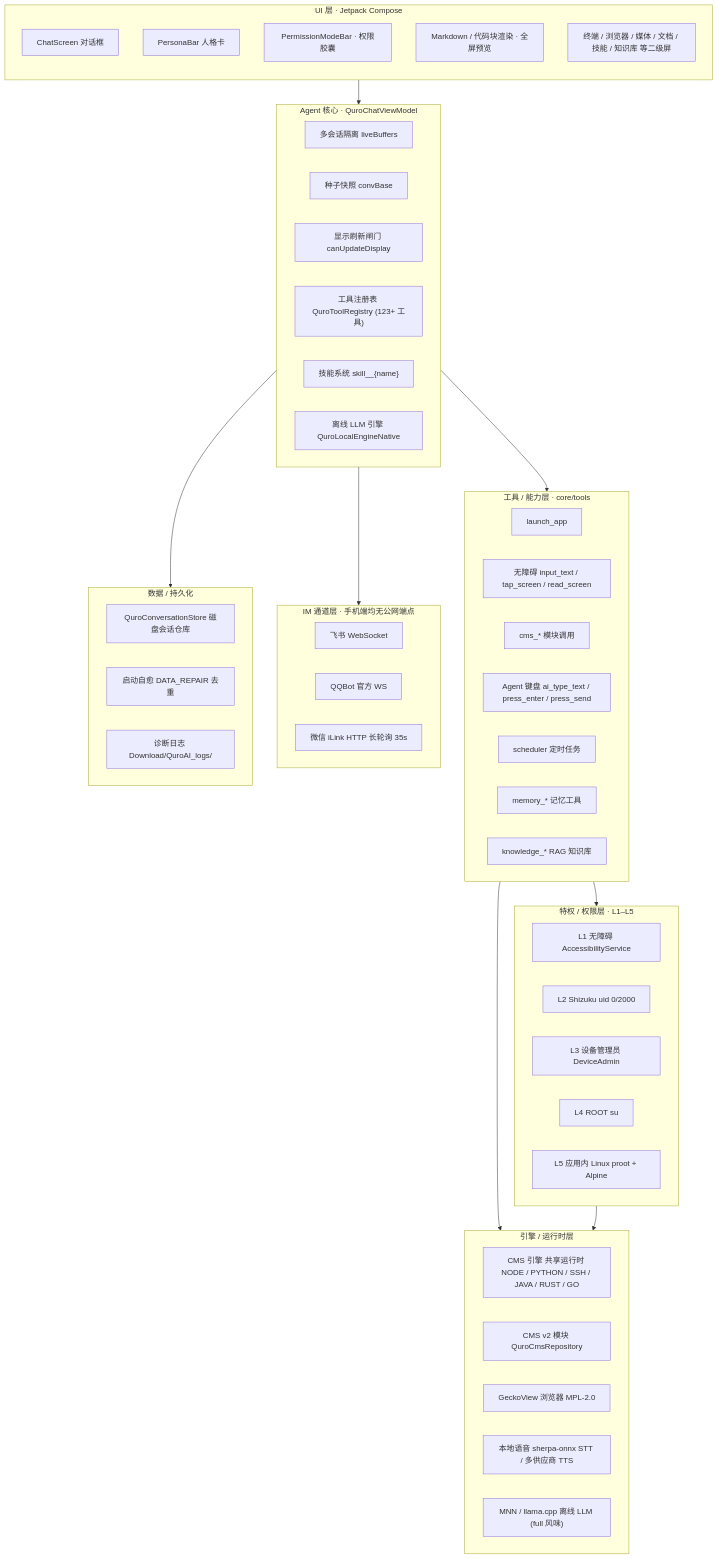
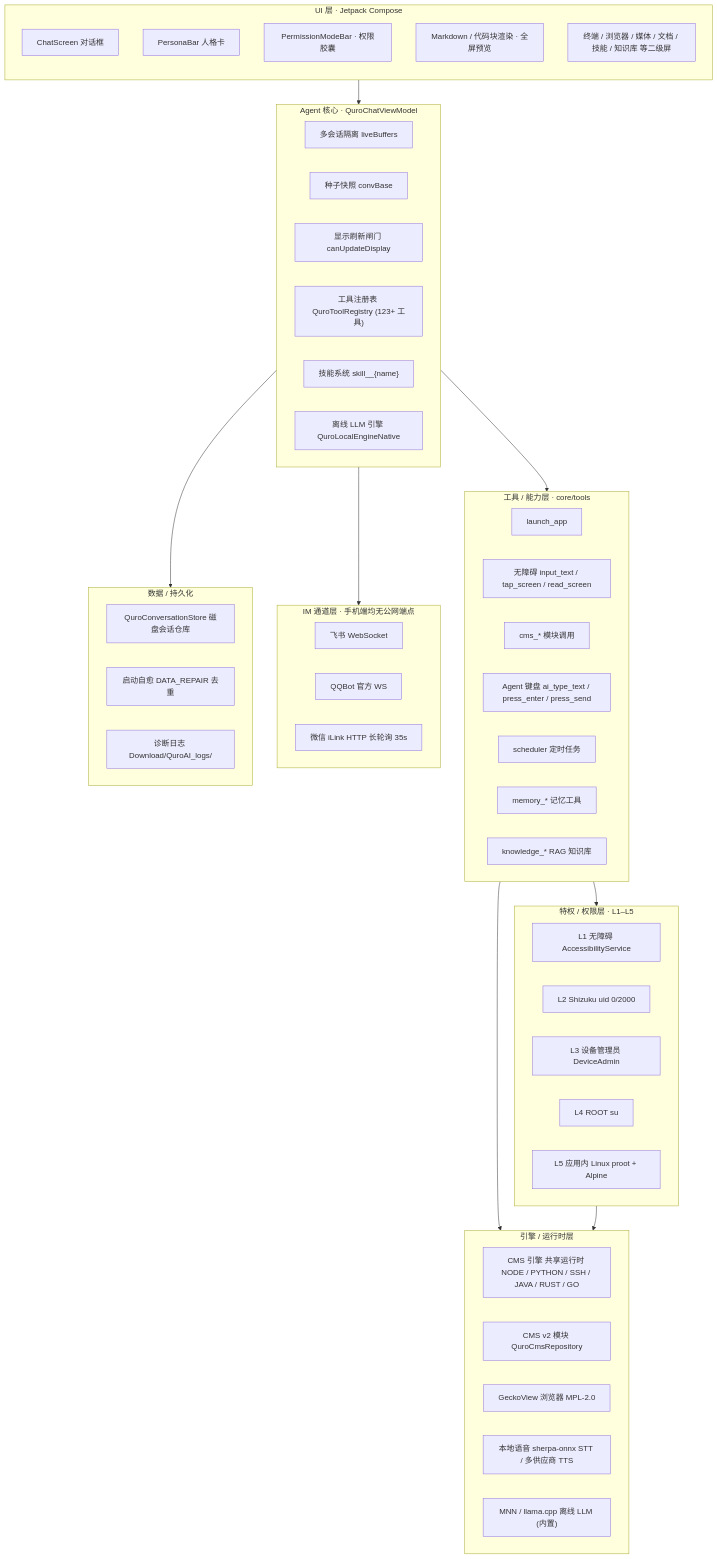
The diagram in README.md (Quor-a/ZorvAI), drawn with Mermaid before and after one commit. The commit also changed other lines of this file, not shown here.

Commit message:
docs: 移除 README 中 full/fdroid 风味表述，改为单一标准构建说明

````diff
--- a/README.md
+++ b/README.md
@@ -265,60 +264,60 @@
 ```mermaid
 flowchart TB
     subgraph UI["UI 层 · Jetpack Compose"]
         direction TB
         A1["ChatScreen 对话框"]
         A2["PersonaBar 人格卡"]
         A3["PermissionModeBar · 权限胶囊"]
         A4["Markdown / 代码块渲染 · 全屏预览"]
         A5["终端 / 浏览器 / 媒体 / 文档 / 技能 / 知识库 等二级屏"]
     end
     subgraph CORE["Agent 核心 · QuroChatViewModel"]
         B1["多会话隔离 liveBuffers"]
         B2["种子快照 convBase"]
         B3["显示刷新闸门 canUpdateDisplay"]
         B4["工具注册表 QuroToolRegistry (123+ 工具)"]
         B5["技能系统 skill__{name}"]
         B6["离线 LLM 引擎 QuroLocalEngineNative"]
     end
     subgraph TOOLS["工具 / 能力层 · core/tools"]
         C1["launch_app"]
         C2["无障碍 input_text / tap_screen / read_screen"]
         C3["cms_* 模块调用"]
         C4["Agent 键盘 ai_type_text / press_enter / press_send"]
         C5["scheduler 定时任务"]
         C6["memory_* 记忆工具"]
         C7["knowledge_* RAG 知识库"]
     end
     subgraph PRIV["特权 / 权限层 · L1–L5"]
         D1["L1 无障碍 AccessibilityService"]
         D2["L2 Shizuku uid 0/2000"]
         D3["L3 设备管理员 DeviceAdmin"]
         D4["L4 ROOT su"]
         D5["L5 应用内 Linux proot + Alpine"]
     end
     subgraph ENGINE["引擎 / 运行时层"]
         E1["CMS 引擎 共享运行时 NODE / PYTHON / SSH / JAVA / RUST / GO"]
         E2["CMS v2 模块 QuroCmsRepository"]
         E3["GeckoView 浏览器 MPL-2.0"]
         E4["本地语音 sherpa-onnx STT / 多供应商 TTS"]
-        E5["MNN / llama.cpp 离线 LLM (full 风味)"]
+        E5["MNN / llama.cpp 离线 LLM (内置)"]
     end
     subgraph IM["IM 通道层 · 手机端均无公网端点"]
         F1["飞书 WebSocket"]
         F2["QQBot 官方 WS"]
         F3["微信 iLink HTTP 长轮询 35s"]
     end
     subgraph DATA["数据 / 持久化"]
         G1["QuroConversationStore 磁盘会话仓库"]
         G2["启动自愈 DATA_REPAIR 去重"]
         G3["诊断日志 Download/QuroAI_logs/"]
     end
 
     UI --> CORE
     CORE --> TOOLS
     TOOLS --> PRIV
     TOOLS --> ENGINE
     PRIV --> ENGINE
     CORE --> IM
     CORE --> DATA
 ```
````
